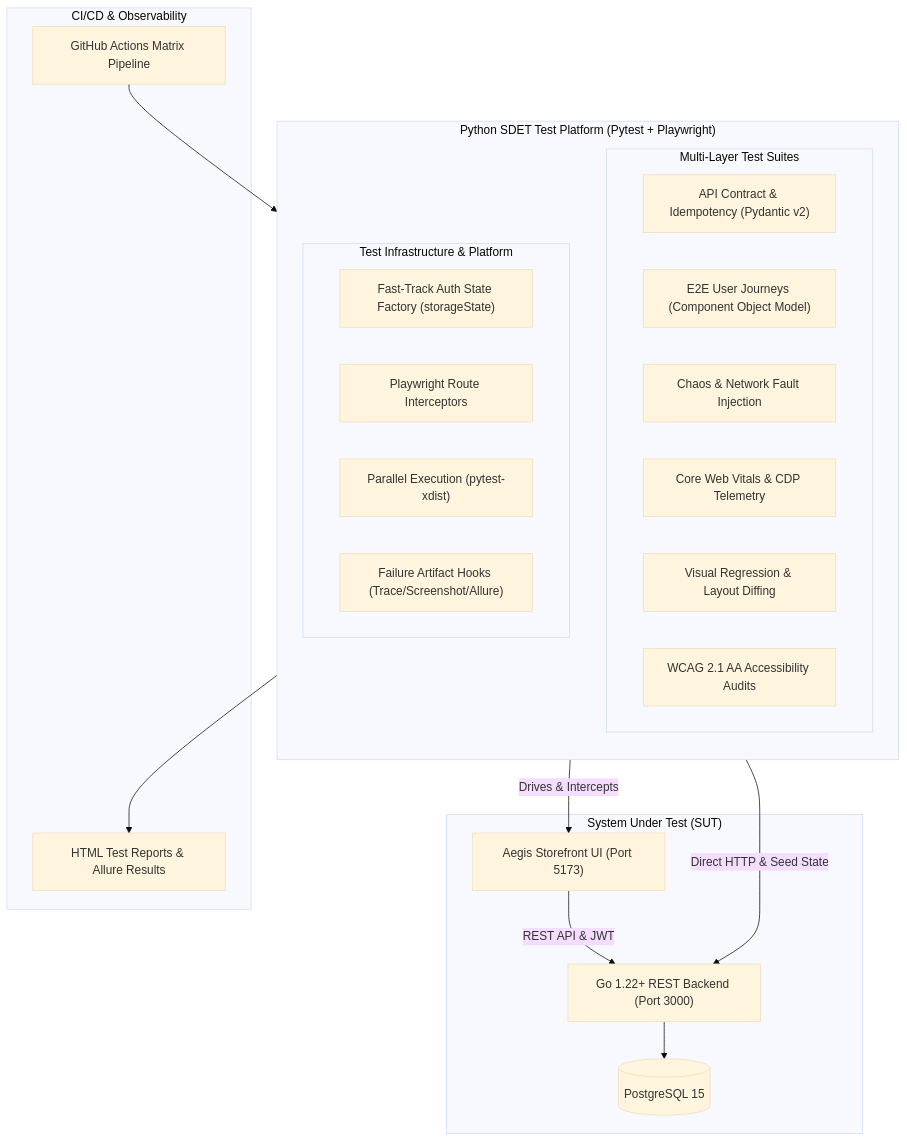
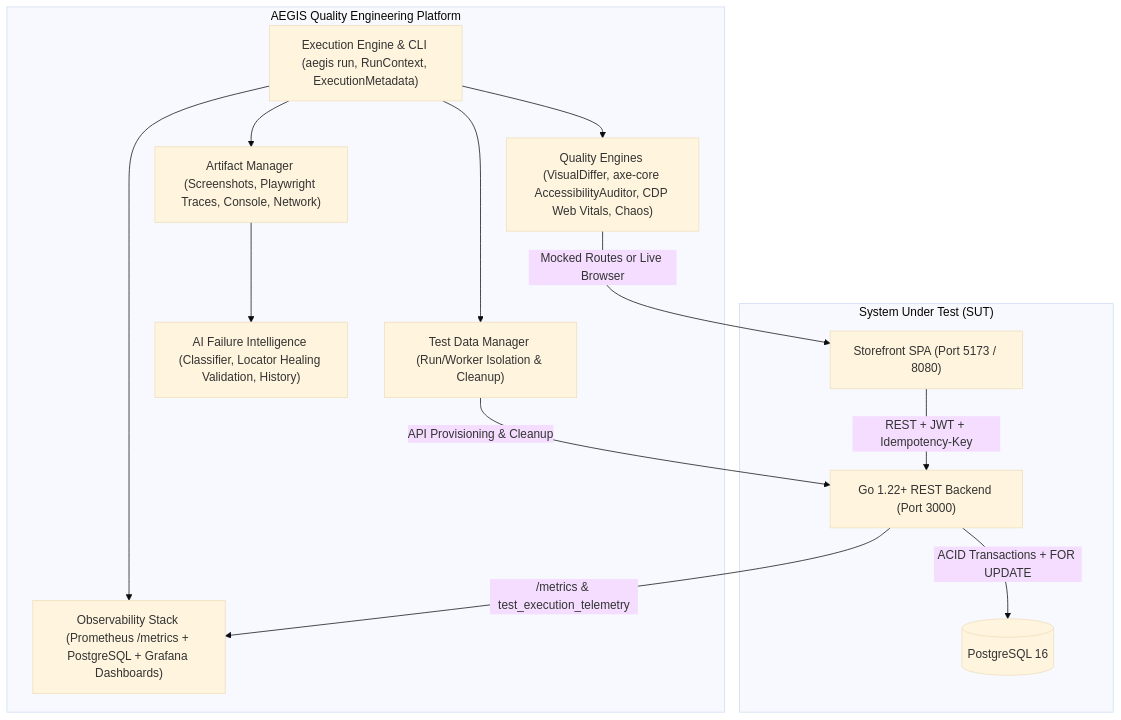
One commit to maxbruk/Aegis-SDET-Platform changed the diagram in README.md. Above: the diagram before and after it, drawn with Mermaid (base theme). The commit also changed other lines of this file and 19 other files, not shown here.

Commit message:
ci(infra): add 6-container Compose stack, Grafana dashboards, strict pip-audit, and docs

````diff
--- a/README.md
+++ b/README.md
@@ -35,39 +18,28 @@
 ```mermaid
 graph TD
     subgraph SUT ["System Under Test (SUT)"]
-        FE["Aegis Storefront UI (Port 5173)"]
+        FE["Storefront SPA (Port 5173 / 8080)"]
         BE["Go 1.22+ REST Backend (Port 3000)"]
-        DB[("PostgreSQL 15")]
-        FE -->|REST API & JWT| BE
-        BE --> DB
+        DB[("PostgreSQL 16")]
+        FE -->|REST + JWT + Idempotency-Key| BE
+        BE -->|ACID Transactions + FOR UPDATE| DB
     end
 
-    subgraph SDET ["Python SDET Test Platform (Pytest + Playwright)"]
-        direction TB
-        subgraph Suites ["Multi-Layer Test Suites"]
-            API_T["API Contract & Idempotency (Pydantic v2)"]
-            UI_T["E2E User Journeys (Component Object Model)"]
-            CHAOS_T["Chaos & Network Fault Injection"]
-            PERF_T["Core Web Vitals & CDP Telemetry"]
-            VIS_T["Visual Regression & Layout Diffing"]
-            A11Y_T["WCAG 2.1 AA Accessibility Audits"]
-        end
-
-        subgraph Infra ["Test Infrastructure & Platform"]
-            AUTH_S["Fast-Track Auth State Factory (storageState)"]
-            ROUTE_I["Playwright Route Interceptors"]
-            DIST_X["Parallel Execution (pytest-xdist)"]
-            HOOK_R["Failure Artifact Hooks (Trace/Screenshot/Allure)"]
-        end
+    subgraph AEGIS ["AEGIS Quality Engineering Platform"]
+        EXEC["Execution Engine & CLI (aegis run, RunContext, ExecutionMetadata)"]
+        DATA["Test Data Manager (Run/Worker Isolation & Cleanup)"]
+        ART["Artifact Manager (Screenshots, Playwright Traces, Console, Network)"]
+        QUAL["Quality Engines (VisualDiffer, axe-core AccessibilityAuditor, CDP Web Vitals, Chaos)"]
+        OBS["Observability Stack (Prometheus /metrics + PostgreSQL + Grafana Dashboards)"]
+        AI["AI Failure Intelligence (Classifier, Locator Healing Validation, History)"]
     end
 
-    subgraph CI ["CI/CD & Observability"]
-        GHA["GitHub Actions Matrix Pipeline"]
-        REP["HTML Test Reports & Allure Results"]
-    end
-
-    SDET -->|Drives & Intercepts| FE
-    SDET -->|Direct HTTP & Seed State| BE
-    SDET --> REP
-    GHA --> SDET
+    EXEC --> DATA
+    EXEC --> ART
+    EXEC --> QUAL
+    ART --> AI
+    EXEC --> OBS
+    QUAL -->|Mocked Routes or Live Browser| FE
+    DATA -->|API Provisioning & Cleanup| BE
+    BE -->|/metrics & test_execution_telemetry| OBS
 ```
````
